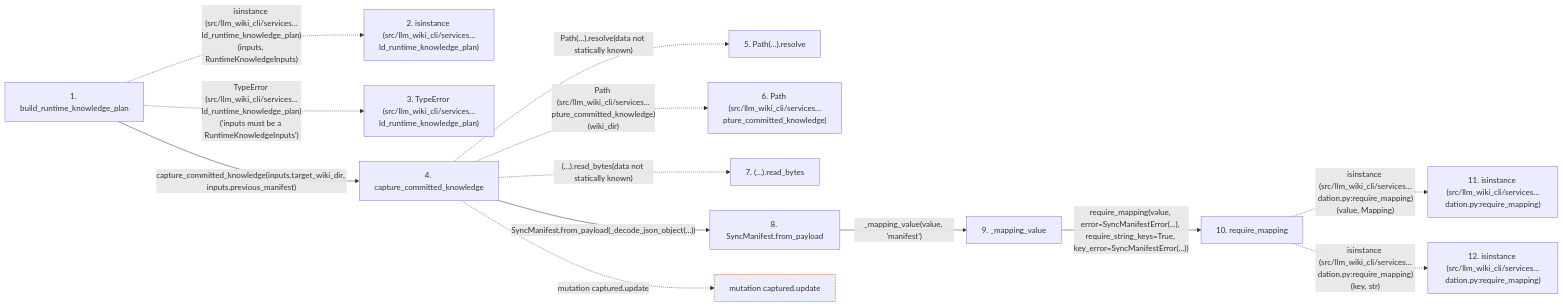
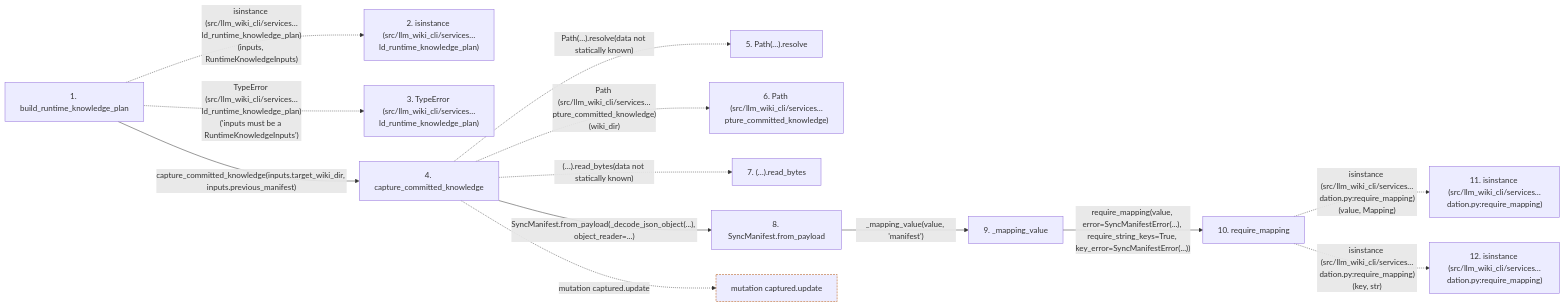
Before and after one commit to Denissvgn/python-wiki-llm: the second of 2 diagrams in docs/llm_wiki/flows/api-build_runtime_knowledge_plan.md, drawn with Mermaid. The commit also changed other lines of this file and 476 other files, not shown here.

````diff
--- a/docs/llm_wiki/flows/api-build_runtime_knowledge_plan.md
+++ b/docs/llm_wiki/flows/api-build_runtime_knowledge_plan.md
@@ -104,35 +105,35 @@
 ```mermaid
 flowchart LR
     s1["1. build_runtime_knowledge_plan"]
     s2["2. isinstance (src/llm_wiki_cli/services…ld_runtime_knowledge_plan)"]
     s3["3. TypeError (src/llm_wiki_cli/services…ld_runtime_knowledge_plan)"]
     s4["4. capture_committed_knowledge"]
     s5["5. Path(…).resolve"]
     s6["6. Path (src/llm_wiki_cli/services…pture_committed_knowledge)"]
     s7["7. (…).read_bytes"]
     s8["8. SyncManifest.from_payload"]
     s9["9. _mapping_value"]
     s10["10. require_mapping"]
     s11["11. isinstance (src/llm_wiki_cli/services…dation.py:require_mapping)"]
     s12["12. isinstance (src/llm_wiki_cli/services…dation.py:require_mapping)"]
     s1 -. "isinstance (src/llm_wiki_cli/services…ld_runtime_knowledge_plan)(inputs, RuntimeKnowledgeInputs)" .-> s2
     s1 -. "TypeError (src/llm_wiki_cli/services…ld_runtime_knowledge_plan)('inputs must be a RuntimeKnowledgeInputs')" .-> s3
     s1 -->|"capture_committed_knowledge(inputs.target_wiki_dir, inputs.previous_manifest)"| s4
     s4 -. "Path(…).resolve(data not statically known)" .-> s5
     s4 -. "Path (src/llm_wiki_cli/services…pture_committed_knowledge)(wiki_dir)" .-> s6
     s4 -. "(…).read_bytes(data not statically known)" .-> s7
-    s4 -->|"SyncManifest.from_payload(_decode_json_object(...))"| s8
+    s4 -->|"SyncManifest.from_payload(_decode_json_object(...), object_reader=...)"| s8
     s8 -->|"_mapping_value(value, 'manifest')"| s9
     s9 -->|"require_mapping(value, error=SyncManifestError(...), require_string_keys=True, key_error=SyncManifestError(...))"| s10
     s10 -. "isinstance (src/llm_wiki_cli/services…dation.py:require_mapping)(value, Mapping)" .-> s11
     s10 -. "isinstance (src/llm_wiki_cli/services…dation.py:require_mapping)(key, str)" .-> s12
     b0["mutation captured.update"]
     s4 -. "mutation captured.update" .-> b0
     click s1 "../modules/knowledge_orchestration.md"
     click s4 "../modules/knowledge_orchestration.md"
     click s8 "../modules/sync_manifest.md"
     click s9 "../modules/sync_manifest.md"
     click s10 "../modules/validation.md"
     classDef boundary stroke:#b45309,stroke-dasharray: 4 2
     class b0 boundary
 ```
````
